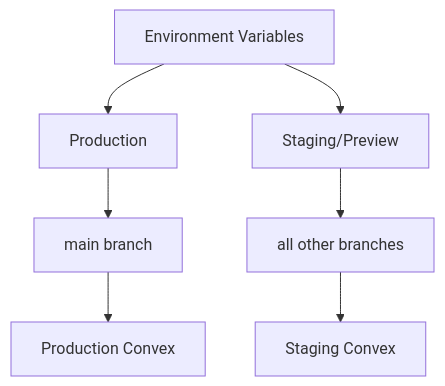
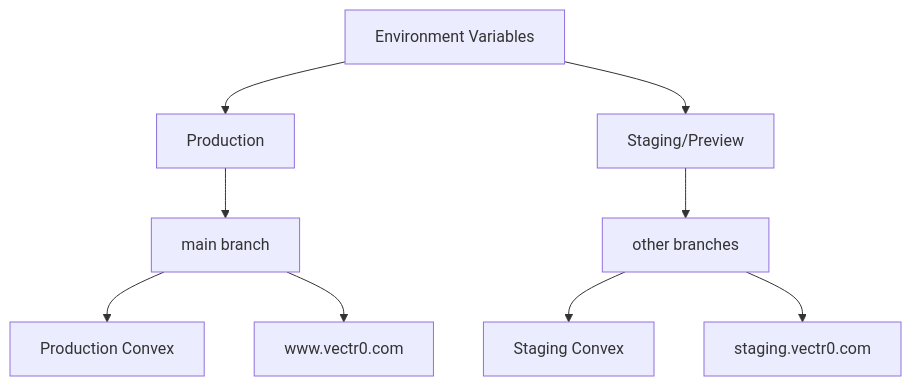
Before and after one commit to darrylyip/tanstackstart-convex-clerk-pnpm-monorepo: the diagram in docs/architecture/environment-variables-guide.md, drawn with Mermaid. The commit also changed other lines of this file and 92 other files, not shown here.

````diff
--- a/docs/architecture/environment-variables-guide.md
+++ b/docs/architecture/environment-variables-guide.md
@@ -9,9 +9,11 @@
 ```mermaid
 graph TD
     A[Environment Variables] --> B[Production]
     A --> C[Staging/Preview]
     B --> D[main branch]
-    C --> E[all other branches]
+    C --> E[other branches]
     D --> F[Production Convex]
     E --> G[Staging Convex]
+    D --> H[www.vectr0.com]
+    E --> I[staging.vectr0.com]
 ```
````
